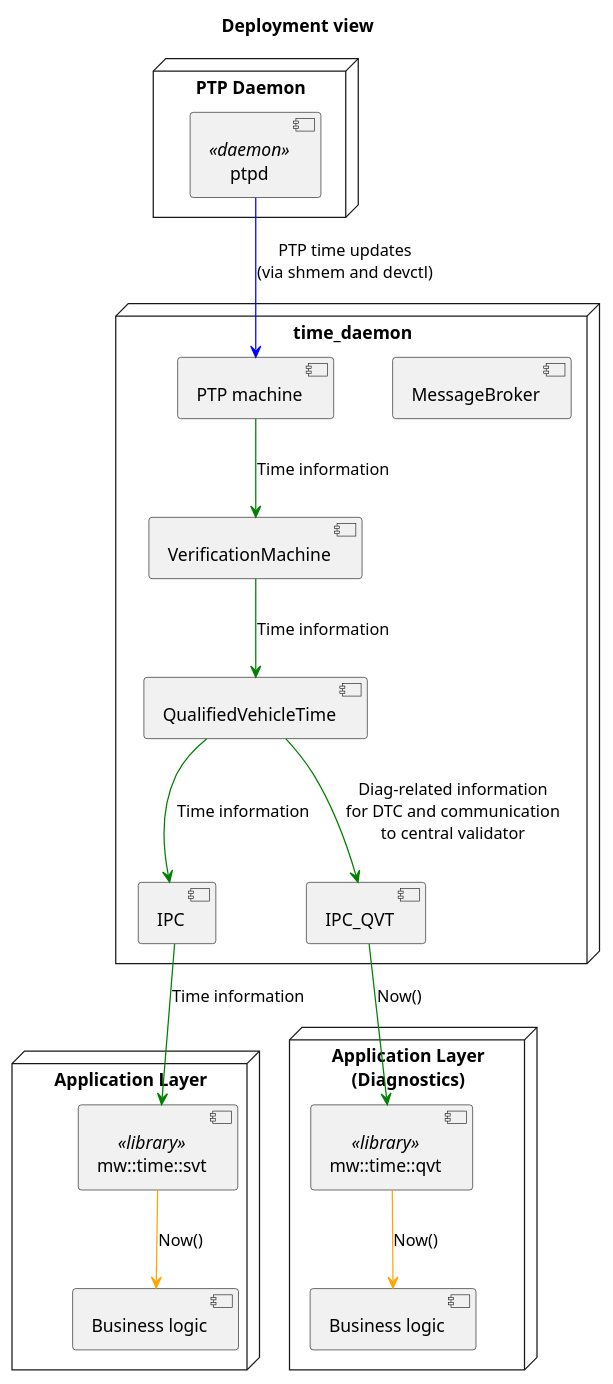
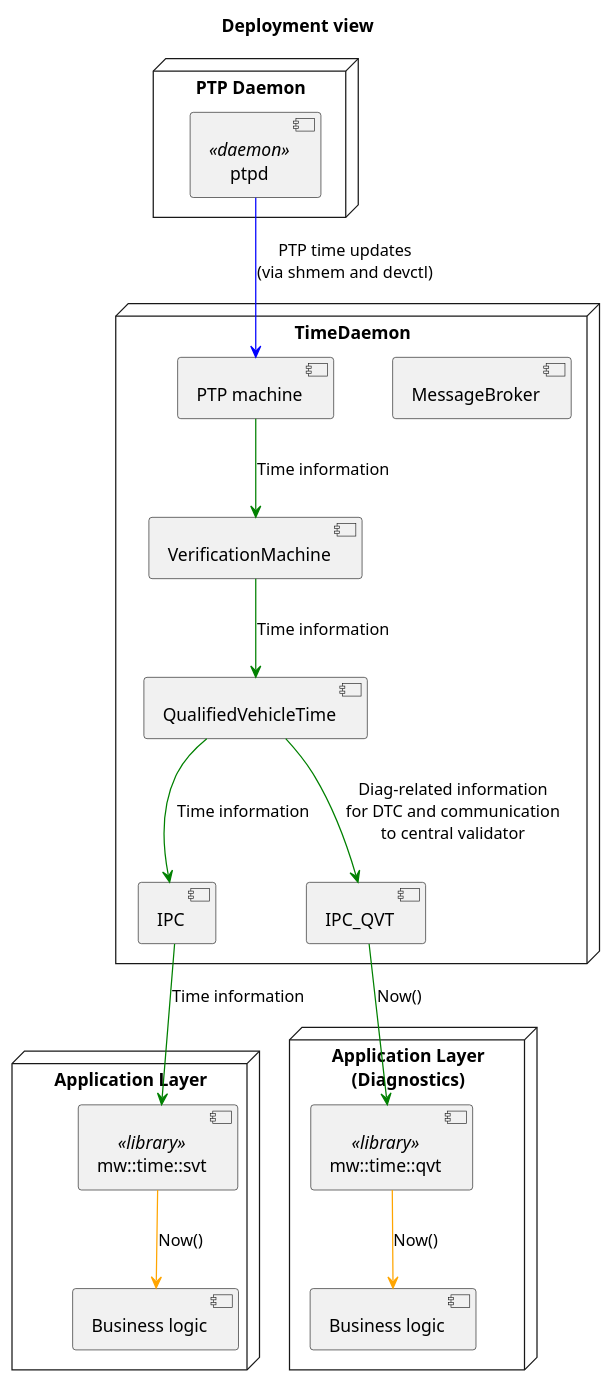
Before and after one commit to eclipse-score/time: the diagram in docs/features/time_daemon/_assets/examples/qvt/qvt_deployment.puml, drawn with PlantUML. The commit also changed 25 other files, not shown here.

Commit message:
docs: revert component titles to camelCase in diagrams and RST

```diff
--- a/docs/features/time_daemon/_assets/examples/qvt/qvt_deployment.puml
+++ b/docs/features/time_daemon/_assets/examples/qvt/qvt_deployment.puml
@@ -1,38 +1,38 @@
 @startuml dd_deployment_diagram
 
 title Deployment view
 
 node "Application Layer" {
     [Business logic] as app_bl
     [mw::time::svt] <<library>> as mw
 }
 
 node "Application Layer\n(Diagnostics)" {
     [Business logic] as app_diag_bl
     [mw::time::qvt] <<library>> as mw_qvt
 }
 
 node "PTP Daemon" {
     [ptpd] <<daemon>> as ptpd
 }
 
-node "time_daemon" {
+node "TimeDaemon" {
     [MessageBroker]  as msg_broker
     [VerificationMachine]  as verification_machine
     [QualifiedVehicleTime]  as qvt_machine
     [PTP machine] as ptp_machine
     [IPC] as ipc
     [IPC_QVT] as ipc_qvt
 }
 
 ptpd -[#blue]-> ptp_machine : PTP time updates\n(via shmem and devctl)
 ptp_machine -[#green]-> verification_machine: Time information
 verification_machine -[#green]-> qvt_machine: Time information
 qvt_machine -[#green]-> ipc: Time information
 qvt_machine -[#green]-> ipc_qvt: Diag-related information\nfor DTC and communication\nto central validator
 ipc_qvt -[#green]-> mw_qvt : Now()
 mw_qvt -[#orange]-> app_diag_bl : Now()
 ipc -[#green]-> mw: Time information
 mw -[#orange]-> app_bl : Now()
 
 @enduml
```
